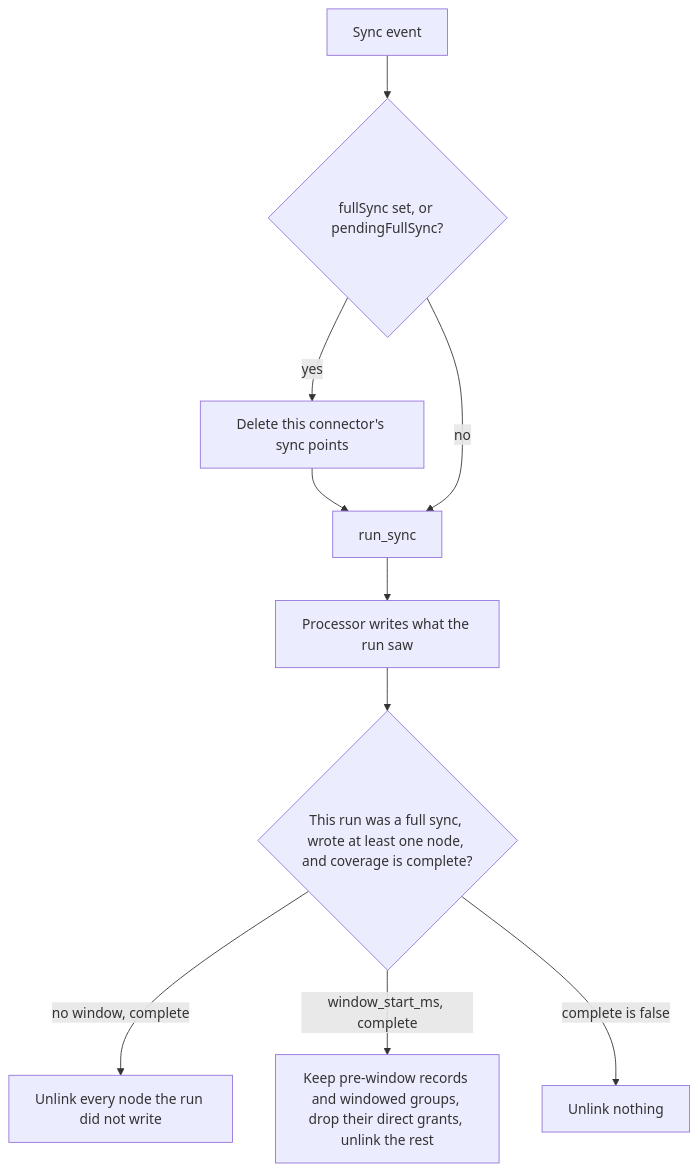
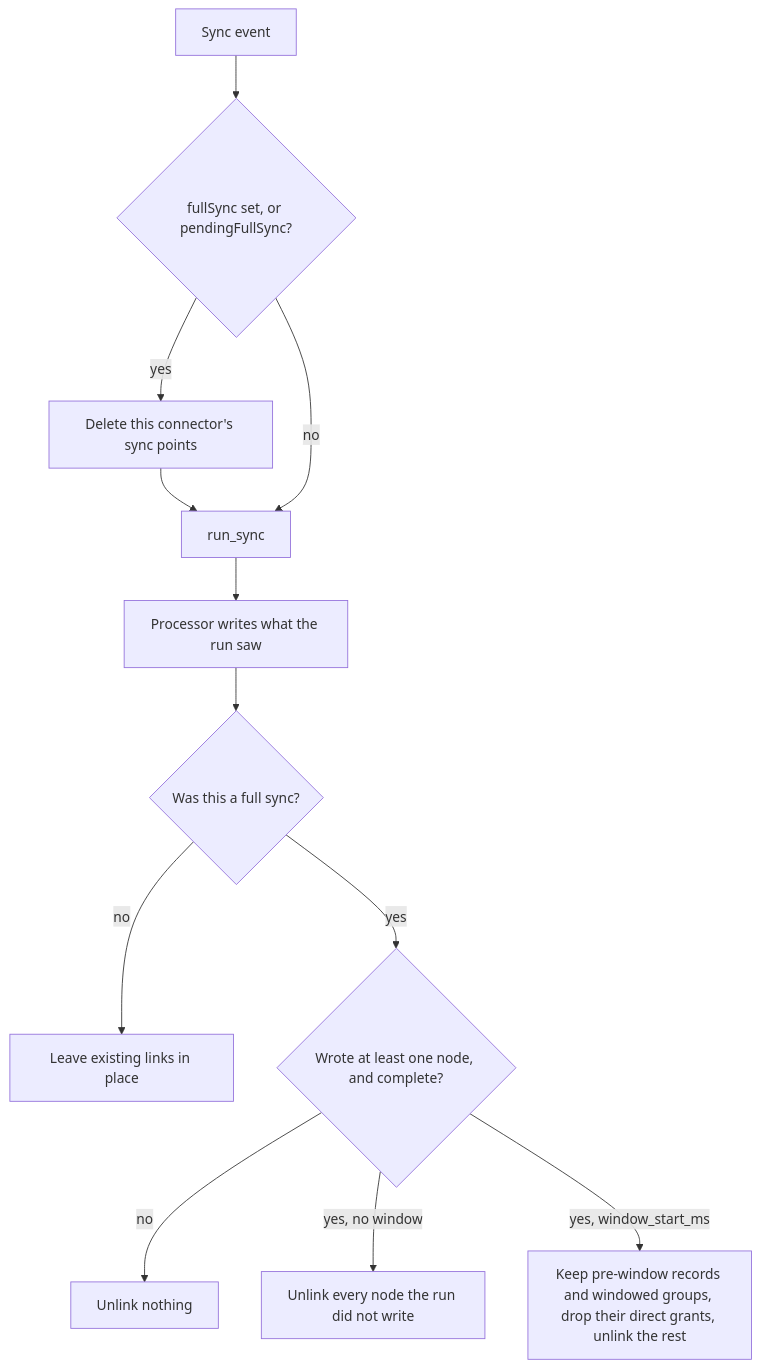
One commit to pipeshub-ai/pipeshub-ai changed the third of 5 diagrams in docs/connectors/01-high-level-design.md. Above: the diagram before and after it, drawn with Mermaid. The commit also changed 2 other files, not shown here.

Commit message:
Point the new diagrams and citations at the helpers that exist.
The full-sync figure left incremental and empty runs with no exit, and the refresh and Drive citations named a lock and a method the code does not have there.

````diff
--- a/docs/connectors/01-high-level-design.md
+++ b/docs/connectors/01-high-level-design.md
@@ -85,12 +85,14 @@
 ```mermaid
 flowchart TD
   E[Sync event] --> F{fullSync set, or pendingFullSync?}
   F -->|yes| D[Delete this connector's sync points]
   D --> R[run_sync]
   F -->|no| R
   R --> W[Processor writes what the run saw]
-  W --> Q{This run was a full sync, wrote at least one node, and coverage is complete?}
-  Q -->|no window, complete| U[Unlink every node the run did not write]
-  Q -->|window_start_ms, complete| Win[Keep pre-window records and windowed groups, drop their direct grants, unlink the rest]
-  Q -->|complete is false| K[Unlink nothing]
+  W --> Q{Was this a full sync?}
+  Q -->|no| N[Leave existing links in place]
+  Q -->|yes| C{Wrote at least one node, and complete?}
+  C -->|no| K[Unlink nothing]
+  C -->|yes, no window| U[Unlink every node the run did not write]
+  C -->|yes, window_start_ms| Win[Keep pre-window records and windowed groups, drop their direct grants, unlink the rest]
 ```
````
